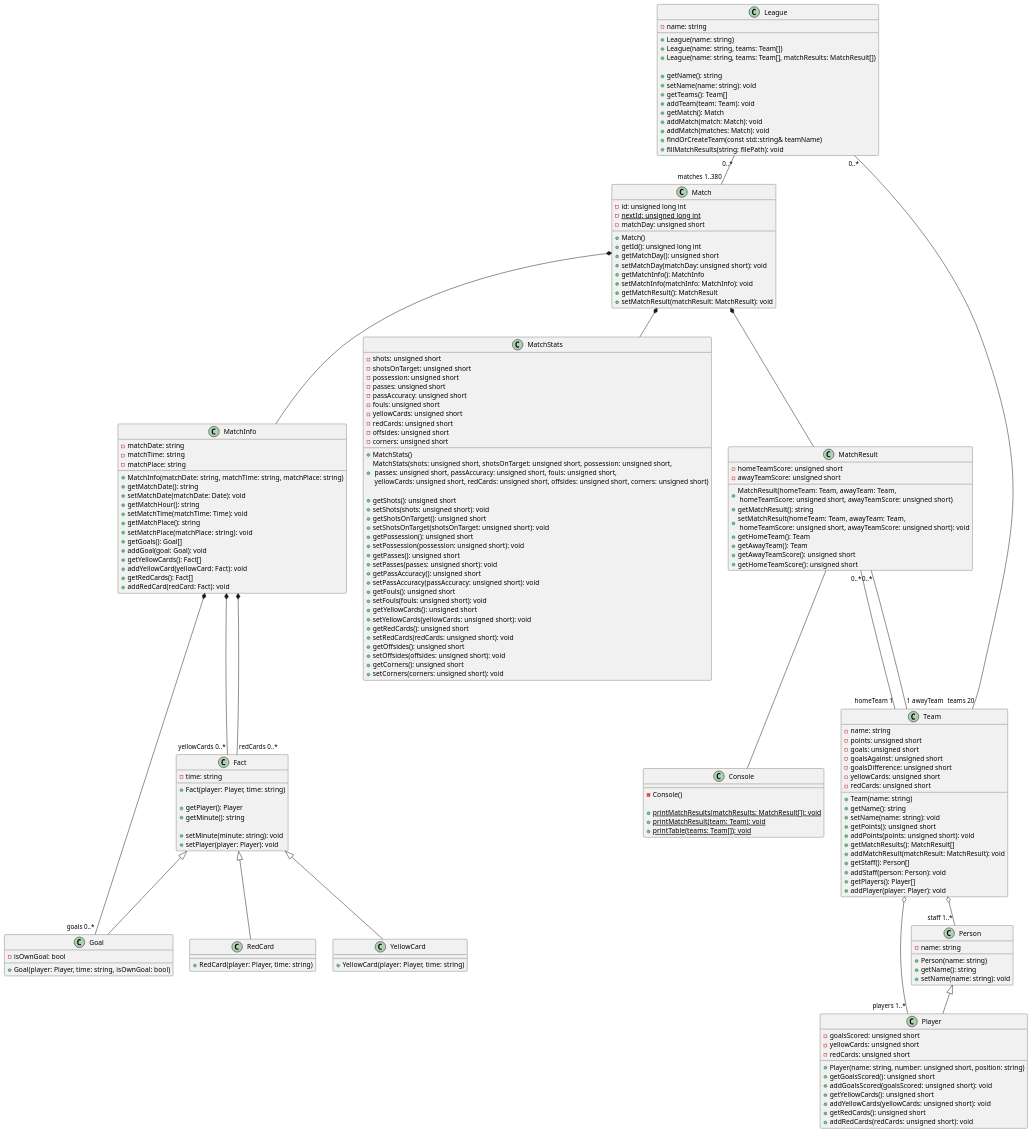
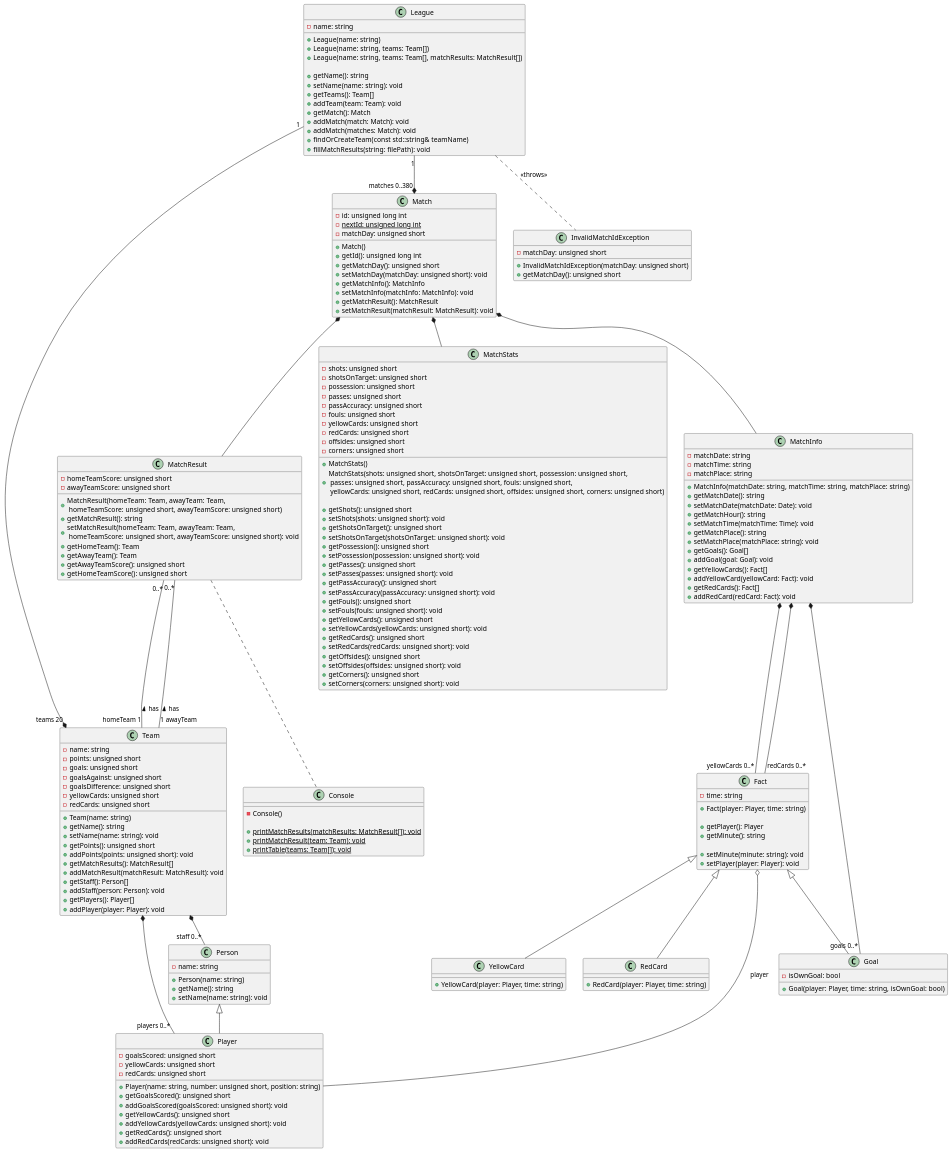
One commit to viniciusmioto/finta changed the diagram in project/init-classes.puml. Above: the diagram before and after it, drawn with PlantUML. The commit also changed 21 other files, not shown here.

```diff
--- a/project/init-classes.puml
+++ b/project/init-classes.puml
@@ -181,26 +181,40 @@
   + {static} printTable(teams: Team[]): void
 }
 
+class InvalidMatchIdException {
+  - matchDay: unsigned short
+
+  + InvalidMatchIdException(matchDay: unsigned short)
+  + getMatchDay(): unsigned short
+}
+
 MatchInfo *-- "goals 0..*" Goal
-MatchInfo *-- "yellowCards 0..*" Fact
-MatchInfo *-- "redCards 0..*" Fact
+MatchInfo *-- "yellowCards 0..*" Fact 
+MatchInfo *-- "redCards 0..*" Fact 
 
-MatchResult "0..*" -- "homeTeam 1" Team
-MatchResult "0..*" -- "1 awayTeam" Team
-Team o-- "staff 1..*" Person
-Team  o-- "players 1..*" Player
-League "0..*" -- "teams 20" Team
-League "0..*" -- "matches 1..380" Match
+MatchResult "0..*" -- "homeTeam 1" Team : has <
+MatchResult "0..*" -- "1 awayTeam" Team : has <
+
+Team *-- "staff 0..*" Person 
+Team  *-- "players 0..*" Player 
+
+League "1" --* "teams 20" Team 
+League "1" --* "matches 0..380" Match 
+League .. InvalidMatchIdException : <<throws>>
 
 Person <|-- Player
+
 Fact <|-- Goal
 Fact <|-- YellowCard
 Fact <|-- RedCard
 
-Match *-- MatchResult
-Match *-- MatchInfo
-Match *-- MatchStats
+Match *-- MatchResult 
+Match *-- MatchInfo 
+Match *-- MatchStats 
 
-MatchResult -- Console
+Fact o-- Player : player
+
+
+MatchResult .. Console
 
 @enduml
```
